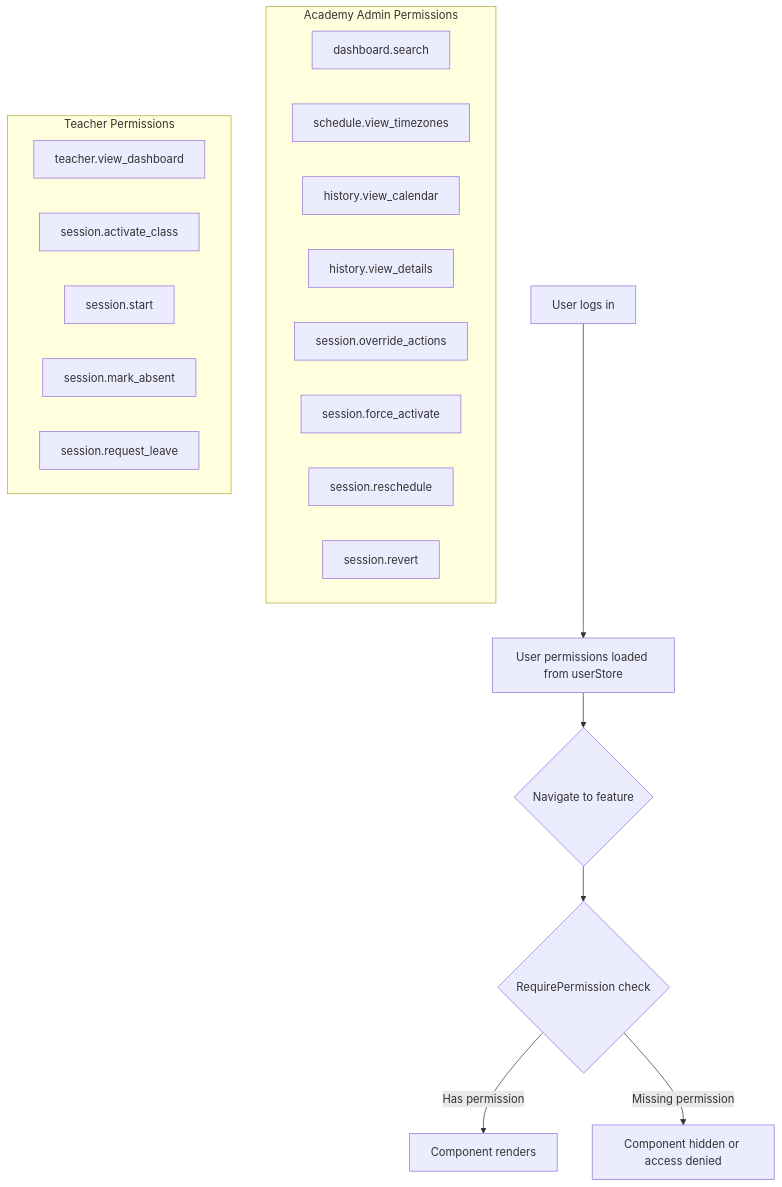
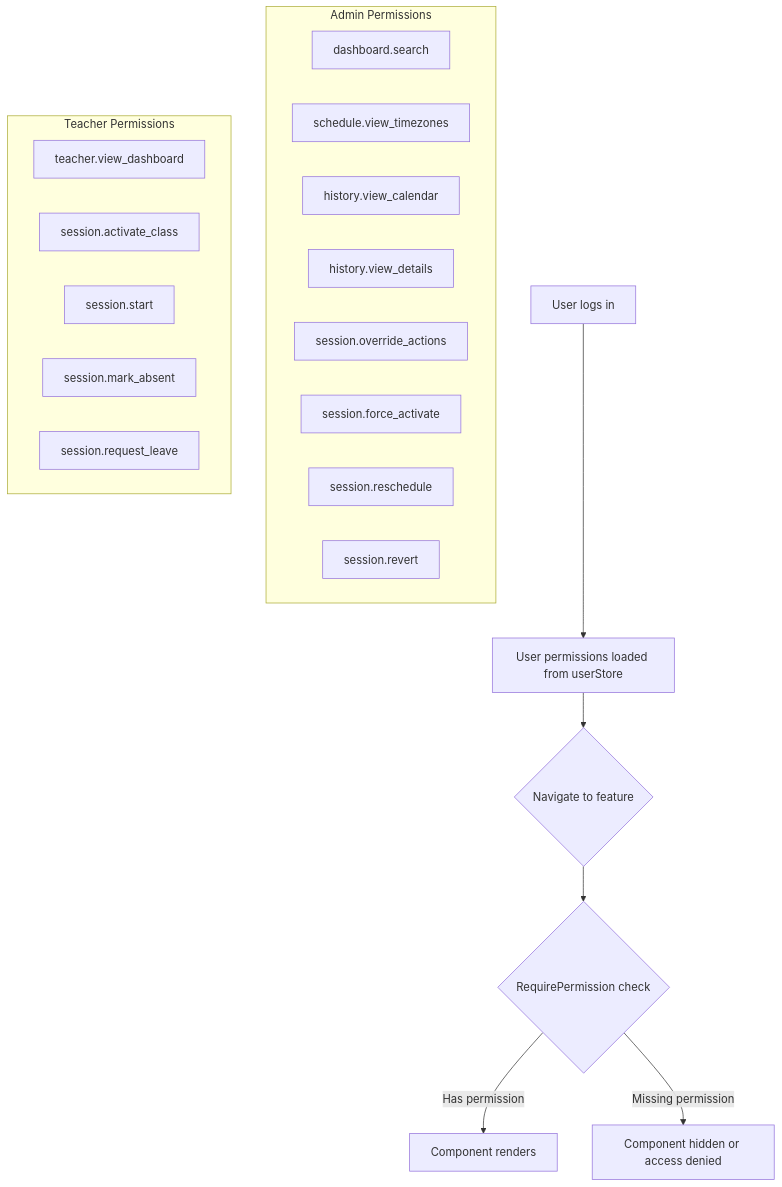
One commit to sirajLMS/siraj changed the diagram in test/manual/scenario/permissions/rbac-gates.md. Above: the diagram before and after it, drawn with Mermaid. The commit also changed other lines of this file and 256 other files, not shown here.

````diff
--- a/test/manual/scenario/permissions/rbac-gates.md
+++ b/test/manual/scenario/permissions/rbac-gates.md
@@ -10,27 +10,27 @@
 ```mermaid
 flowchart TD
     A[User logs in] --> B[User permissions loaded from userStore]
     B --> C{Navigate to feature}
     C --> D{RequirePermission check}
     D -->|Has permission| E[Component renders]
     D -->|Missing permission| F[Component hidden or access denied]
     
-    subgraph "Academy Admin Permissions"
+    subgraph "Admin Permissions"
         AA[dashboard.search]
         AB[schedule.view_timezones]
         AC[history.view_calendar]
         AD[history.view_details]
         AE[session.override_actions]
         AF[session.force_activate]
         AG[session.reschedule]
         AH[session.revert]
     end
     
     subgraph "Teacher Permissions"
         TA[teacher.view_dashboard]
         TB[session.activate_class]
         TC[session.start]
         TD[session.mark_absent]
         TE[session.request_leave]
     end
 ```
````
